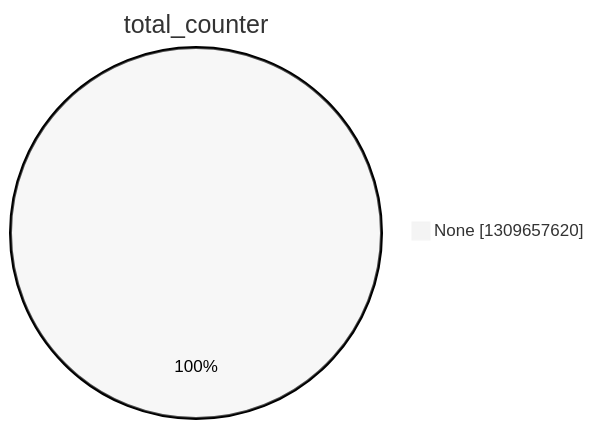
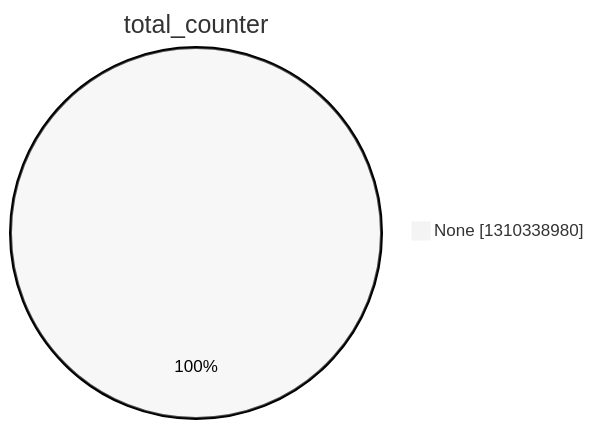
The second of 15 diagrams in argon2022/README.md (christiankrug/ctmonitor_visualization), drawn with Mermaid (neutral theme) before and after one commit. The commit also changed other lines of this file, not shown here.

````diff
--- a/argon2022/README.md
+++ b/argon2022/README.md
@@ -9,5 +9,5 @@
 ```mermaid
 pie showData
 title total_counter
-"None" :1309657620
+"None" :1310338980
 ```
````
